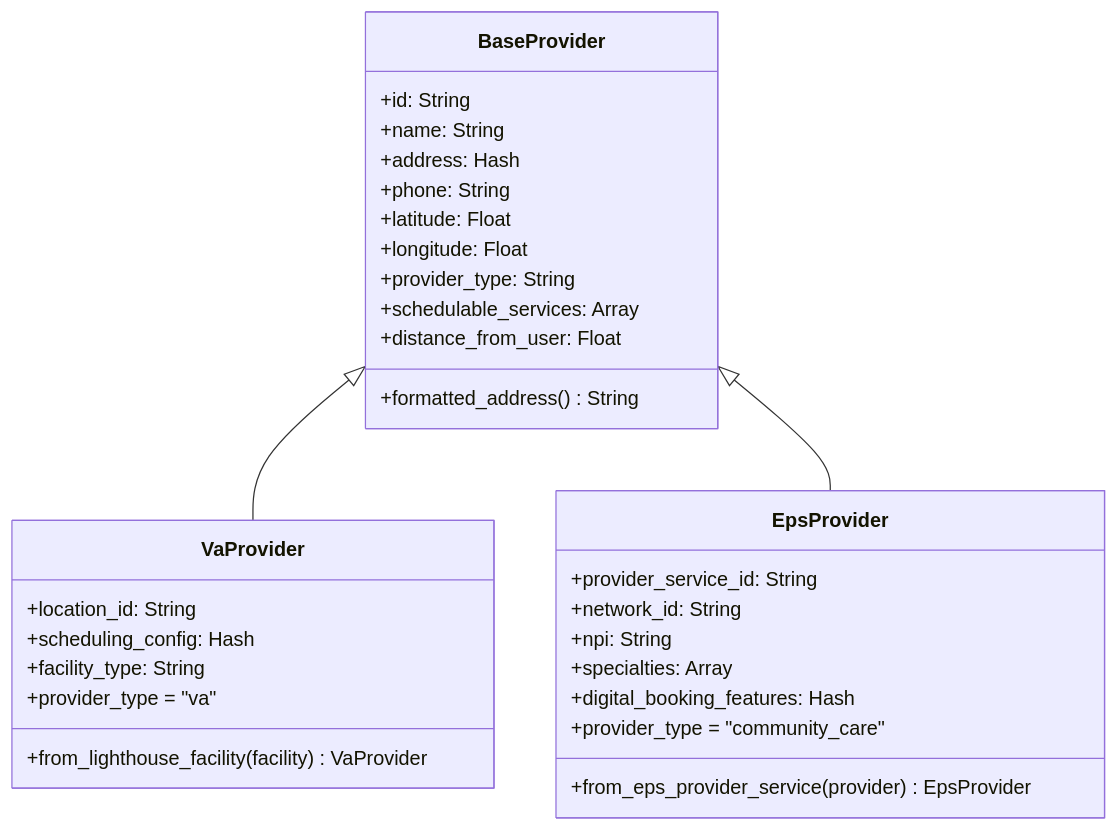
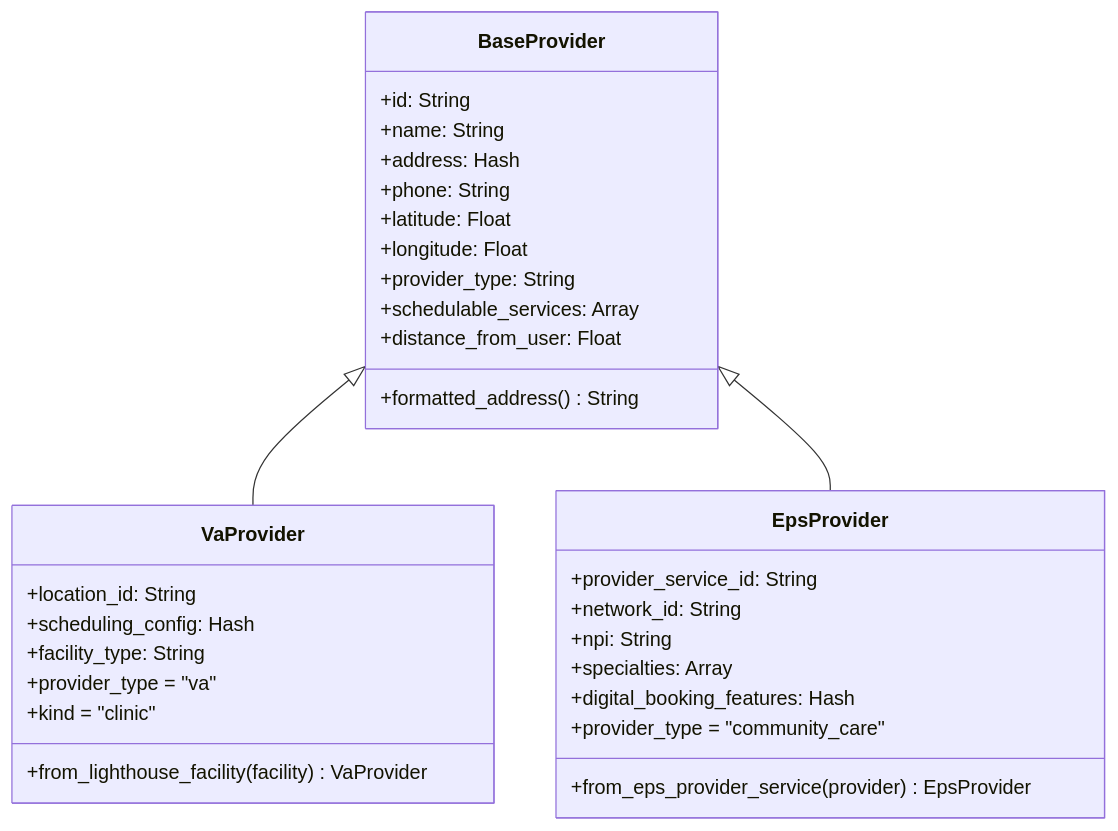
The fourth of 11 diagrams in products/health-care/appointments/va-online-scheduling/engineering/architecture/cc-direct-scheduling/community-care-technical-documentation.md (Ninjaneer321/va.gov-team), drawn with Mermaid before and after one commit. The commit also changed other lines of this file, not shown here.

````diff
--- a/products/health-care/appointments/va-online-scheduling/engineering/architecture/cc-direct-scheduling/community-care-technical-documentation.md
+++ b/products/health-care/appointments/va-online-scheduling/engineering/architecture/cc-direct-scheduling/community-care-technical-documentation.md
@@ -160,36 +162,37 @@
 ```mermaid
 classDiagram
     class BaseProvider {
         +id: String
         +name: String
         +address: Hash
         +phone: String
         +latitude: Float
         +longitude: Float
         +provider_type: String
         +schedulable_services: Array
         +distance_from_user: Float
         +formatted_address() String
     }
 
     class VaProvider {
         +location_id: String
         +scheduling_config: Hash
         +facility_type: String
         +provider_type = "va"
+        +kind = "clinic"
         +from_lighthouse_facility(facility) VaProvider
     }
 
     class EpsProvider {
         +provider_service_id: String
         +network_id: String
         +npi: String
         +specialties: Array
         +digital_booking_features: Hash
         +provider_type = "community_care"
         +from_eps_provider_service(provider) EpsProvider
     }
 
     BaseProvider <|-- VaProvider
     BaseProvider <|-- EpsProvider
 ```
````
